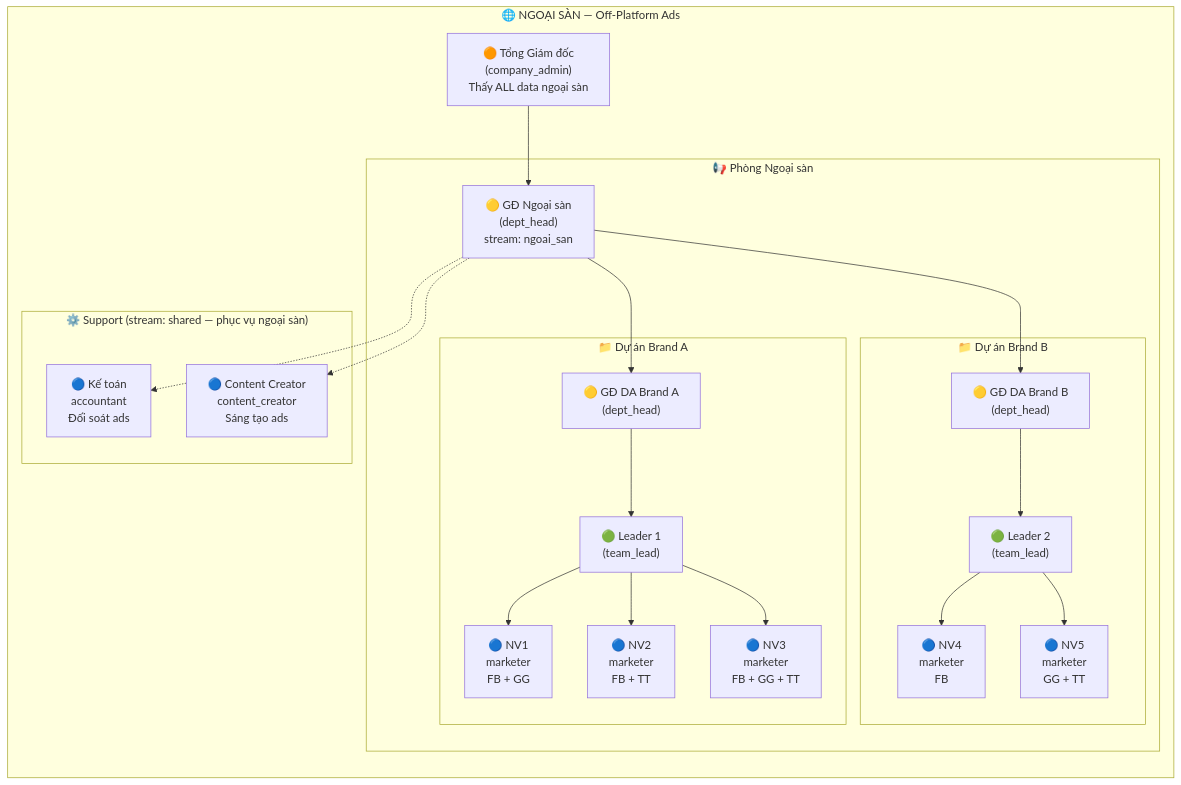
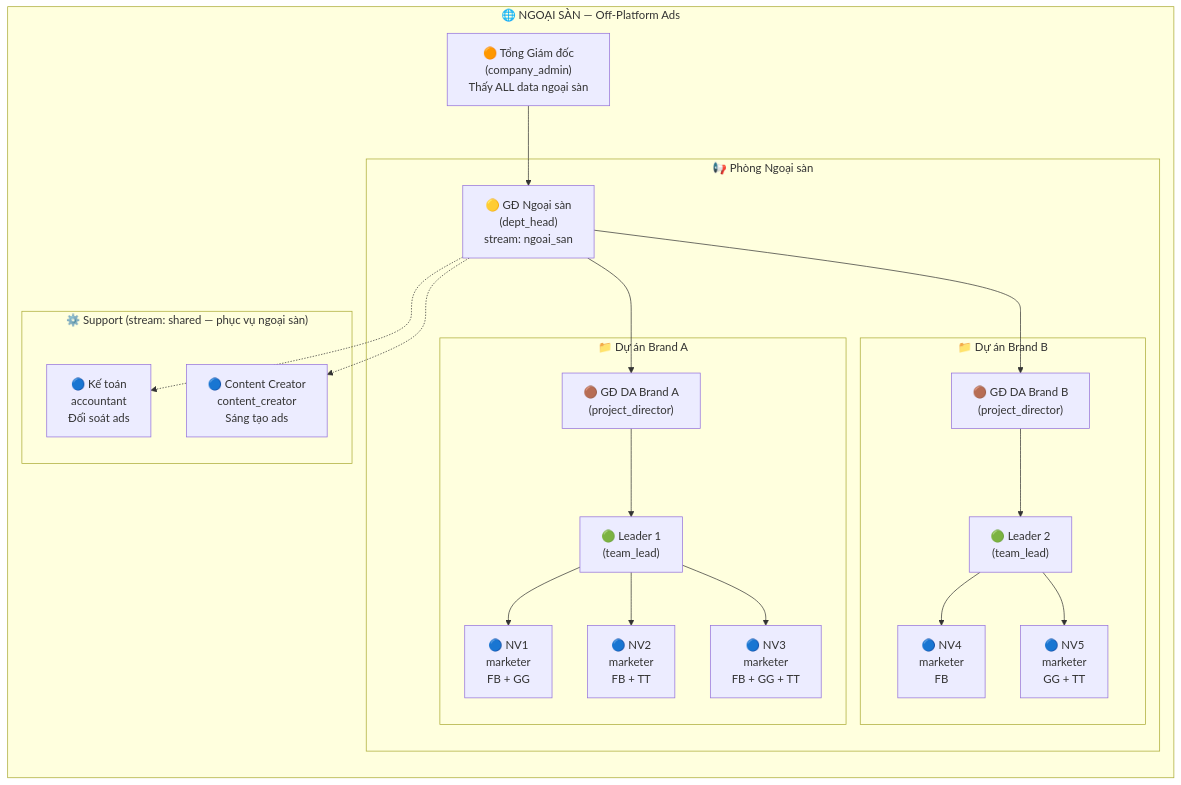
Before and after one commit to cucucha113-dotcom/Xcap-Management-Platform: the first of 6 diagrams in docs/system-diagrams/ngoai_san_account_system.md, drawn with Mermaid. The commit also changed other lines of this file, not shown here.

First line of the commit message:
🔧 Fix: dept_head chỉ có 1 vị trí = GĐ Ngoại sàn

````diff
--- a/docs/system-diagrams/ngoai_san_account_system.md
+++ b/docs/system-diagrams/ngoai_san_account_system.md
@@ -11,45 +11,45 @@
 ```mermaid
 graph TB
     subgraph NGOAI_SAN["🌐 NGOẠI SÀN — Off-Platform Ads"]
         direction TB
         
         TGD["🟠 Tổng Giám đốc<br/>(company_admin)<br/>Thấy ALL data ngoại sàn"]
         
         subgraph DEPT_NS["📢 Phòng Ngoại sàn"]
             GD_NS["🟡 GĐ Ngoại sàn<br/>(dept_head)<br/>stream: ngoai_san"]
             
             subgraph DA1["📁 Dự án Brand A"]
-                GD_DA1["🟡 GĐ DA Brand A<br/>(dept_head)"]
+                GD_DA1["🟤 GĐ DA Brand A<br/>(project_director)"]
                 L1["🟢 Leader 1<br/>(team_lead)"]
                 NV1["🔵 NV1<br/>marketer<br/>FB + GG"]
                 NV2["🔵 NV2<br/>marketer<br/>FB + TT"]
                 NV3["🔵 NV3<br/>marketer<br/>FB + GG + TT"]
             end
             
             subgraph DA2["📁 Dự án Brand B"]
-                GD_DA2["🟡 GĐ DA Brand B<br/>(dept_head)"]
+                GD_DA2["🟤 GĐ DA Brand B<br/>(project_director)"]
                 L2["🟢 Leader 2<br/>(team_lead)"]
                 NV4["🔵 NV4<br/>marketer<br/>FB"]
                 NV5["🔵 NV5<br/>marketer<br/>GG + TT"]
             end
         end
         
         subgraph SUPPORT["⚙️ Support (stream: shared — phục vụ ngoại sàn)"]
             KT["🔵 Kế toán<br/>accountant<br/>Đối soát ads"]
             CC["🔵 Content Creator<br/>content_creator<br/>Sáng tạo ads"]
         end
     end
     
     TGD --> GD_NS
     GD_NS --> GD_DA1
     GD_NS --> GD_DA2
     GD_DA1 --> L1
     L1 --> NV1
     L1 --> NV2
     L1 --> NV3
     GD_DA2 --> L2
     L2 --> NV4
     L2 --> NV5
     GD_NS -.-> KT
     GD_NS -.-> CC
 ```
````
